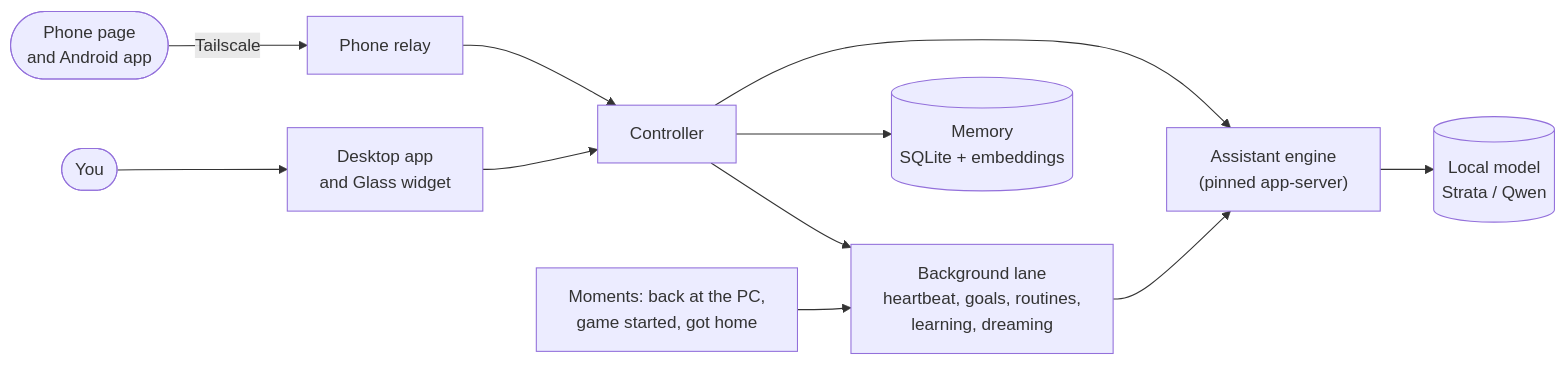
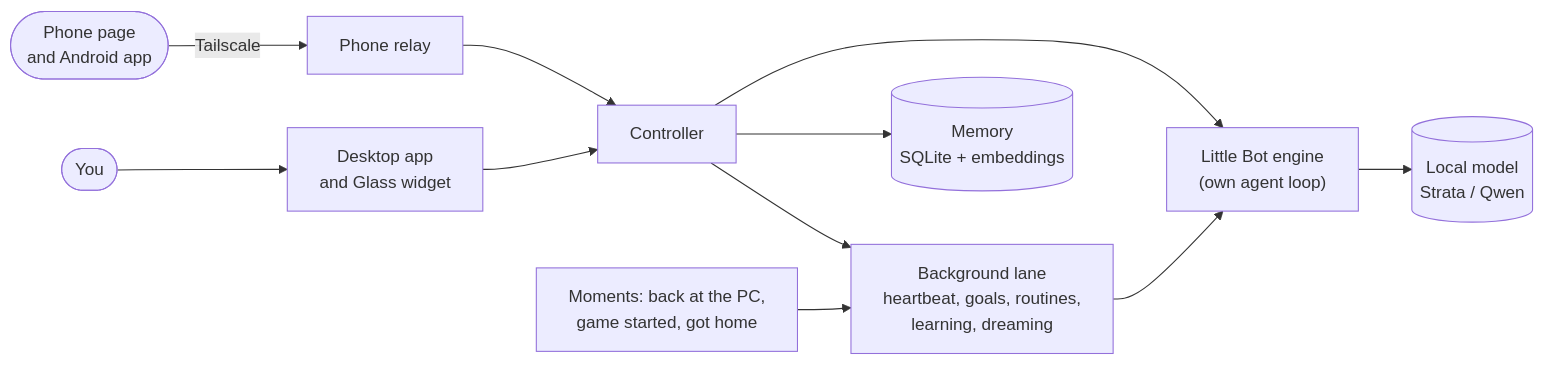
One commit to b7216309-jpg/little-bot changed the diagram in README.md. Above: the diagram before and after it, drawn with Mermaid. The commit also changed other lines of this file and 43 other files, not shown here.

First line of the commit message:
Replace the Codex engine with Little Bot's own engine (0.45.0)

````diff
--- a/README.md
+++ b/README.md
@@ -79,13 +79,13 @@
 ```mermaid
 flowchart LR
   you(["You"]) --> app["Desktop app<br>and Glass widget"]
   phone(["Phone page<br>and Android app"]) -->|Tailscale| relay["Phone relay"]
   relay --> core["Controller"]
   app --> core
-  core --> engine["Assistant engine<br>(pinned app-server)"]
+  core --> engine["Little Bot engine<br>(own agent loop)"]
   engine --> model[("Local model<br>Strata / Qwen")]
   core --> memory[("Memory<br>SQLite + embeddings")]
   events["Moments: back at the PC,<br>game started, got home"] --> lane
   core --> lane["Background lane<br>heartbeat, goals, routines,<br>learning, dreaming"]
   lane --> engine
 ```
````
